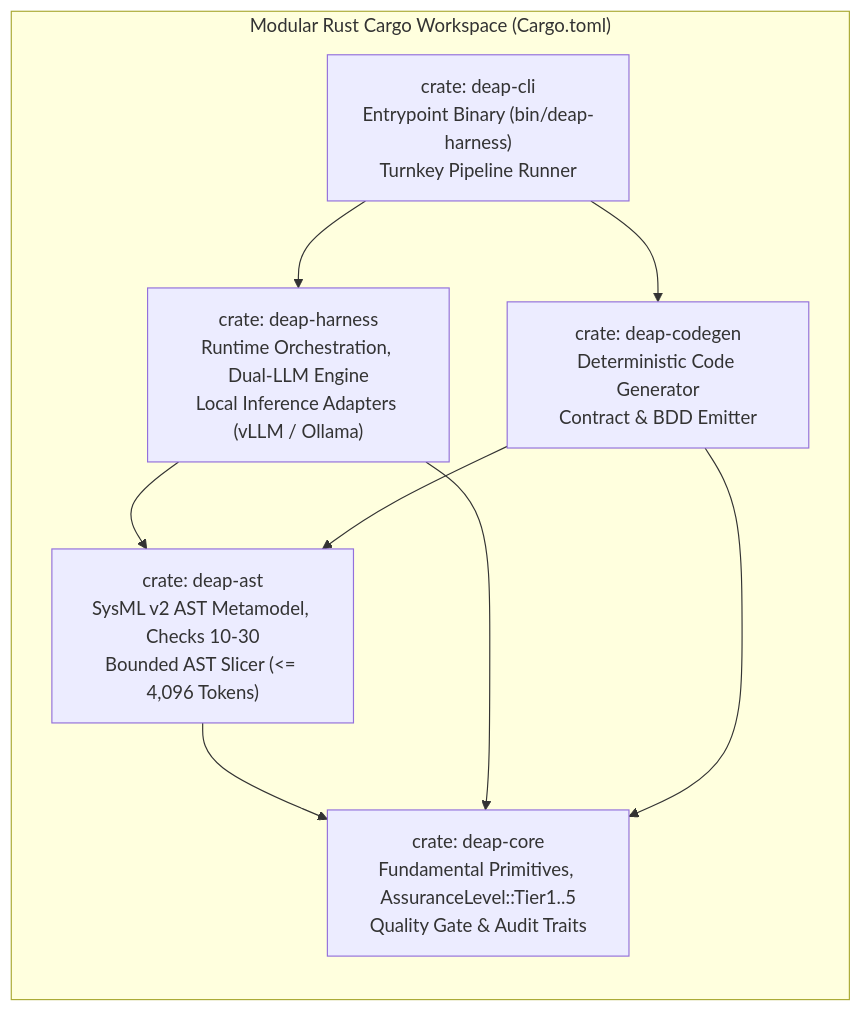
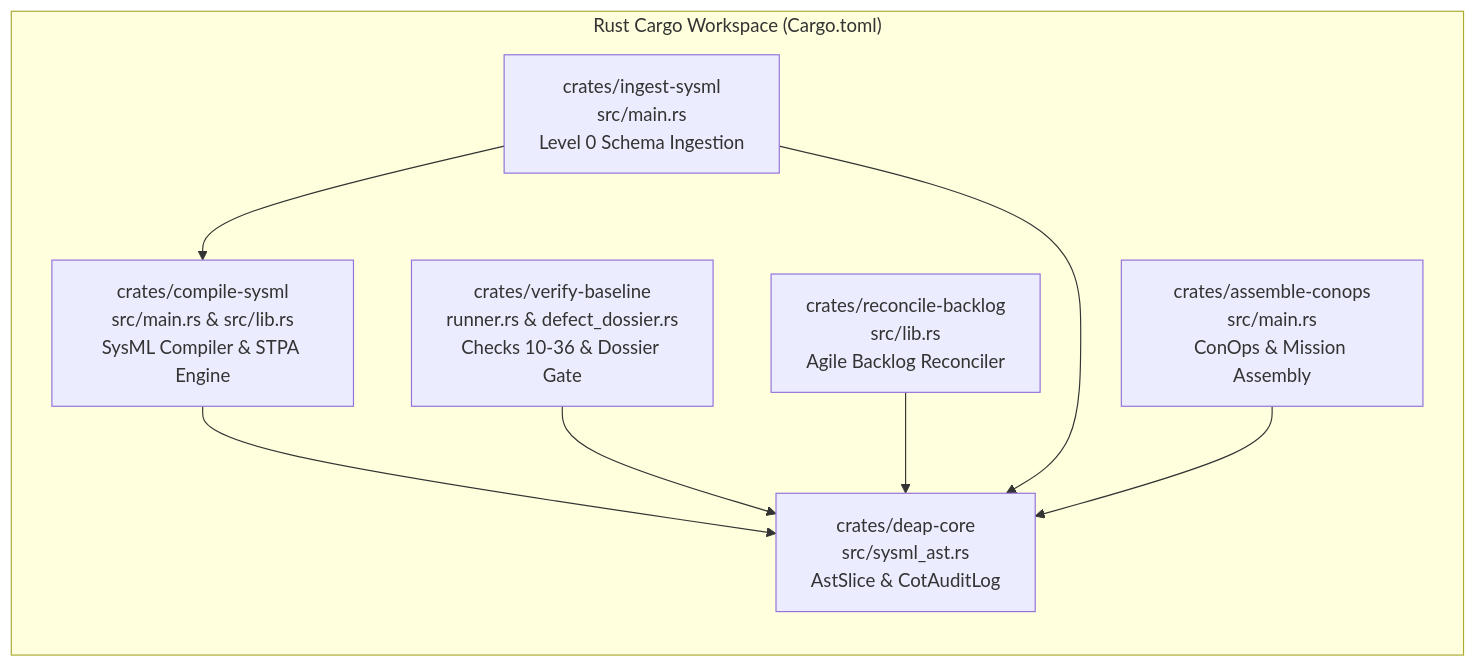
Before and after one commit to gintatkinson/DEAP01-spec-core: the third of 4 diagrams in docs/architecture/blueprints/DEAP_DEEPSEEK_HARNESS_INTEGRATION_BLUEPRINT.md, drawn with Mermaid. The commit also changed other lines of this file and 28 other files, not shown here.

Commit message:
feat(verify-baseline,deap-core,compile-sysml): implement Option C blueprint capabilities and Check 37 blueprint grounding gate

````diff
--- a/docs/architecture/blueprints/DEAP_DEEPSEEK_HARNESS_INTEGRATION_BLUEPRINT.md
+++ b/docs/architecture/blueprints/DEAP_DEEPSEEK_HARNESS_INTEGRATION_BLUEPRINT.md
@@ -134,19 +141,19 @@
 ```mermaid
 flowchart TD
-    subgraph CargoWorkspaceTree["Modular Rust Cargo Workspace (Cargo.toml)"]
+    subgraph CargoWorkspaceTree["Rust Cargo Workspace (Cargo.toml)"]
         direction TB
-        deap_cli["crate: deap-cli\nEntrypoint Binary (bin/deap-harness)\nTurnkey Pipeline Runner"]
-        deap_harness["crate: deap-harness\nRuntime Orchestration, Dual-LLM Engine\nLocal Inference Adapters (vLLM / Ollama)"]
-        deap_codegen["crate: deap-codegen\nDeterministic Code Generator\nContract & BDD Emitter"]
-        deap_ast["crate: deap-ast\nSysML v2 AST Metamodel, Checks 10-30\nBounded AST Slicer (<= 4,096 Tokens)"]
-        deap_core["crate: deap-core\nFundamental Primitives, AssuranceLevel::Tier1..5\nQuality Gate & Audit Traits"]
+        compile_sysml["crates/compile-sysml<br/>src/main.rs & src/lib.rs<br/>SysML Compiler & STPA Engine"]
+        verify_baseline["crates/verify-baseline<br/>runner.rs & defect_dossier.rs<br/>Checks 10-36 & Dossier Gate"]
+        reconcile_backlog["crates/reconcile-backlog<br/>src/lib.rs<br/>Agile Backlog Reconciler"]
+        ingest_sysml["crates/ingest-sysml<br/>src/main.rs<br/>Level 0 Schema Ingestion"]
+        assemble_conops["crates/assemble-conops<br/>src/main.rs<br/>ConOps & Mission Assembly"]
+        deap_core["crates/deap-core<br/>src/sysml_ast.rs<br/>AstSlice & CotAuditLog"]
     end
 
-    deap_cli --> deap_harness
-    deap_cli --> deap_codegen
-    deap_harness --> deap_ast
-    deap_codegen --> deap_ast
-    deap_ast --> deap_core
-    deap_harness --> deap_core
-    deap_codegen --> deap_core
+    compile_sysml --> deap_core
+    verify_baseline --> deap_core
+    reconcile_backlog --> deap_core
+    ingest_sysml --> compile_sysml
+    ingest_sysml --> deap_core
+    assemble_conops --> deap_core
 ```
````
